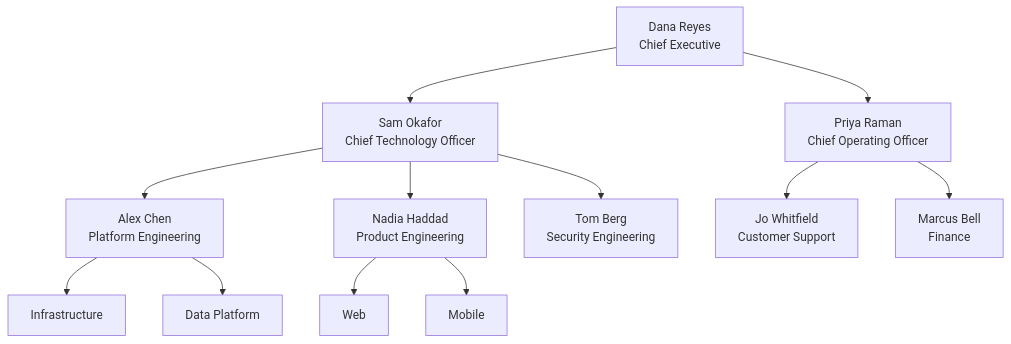
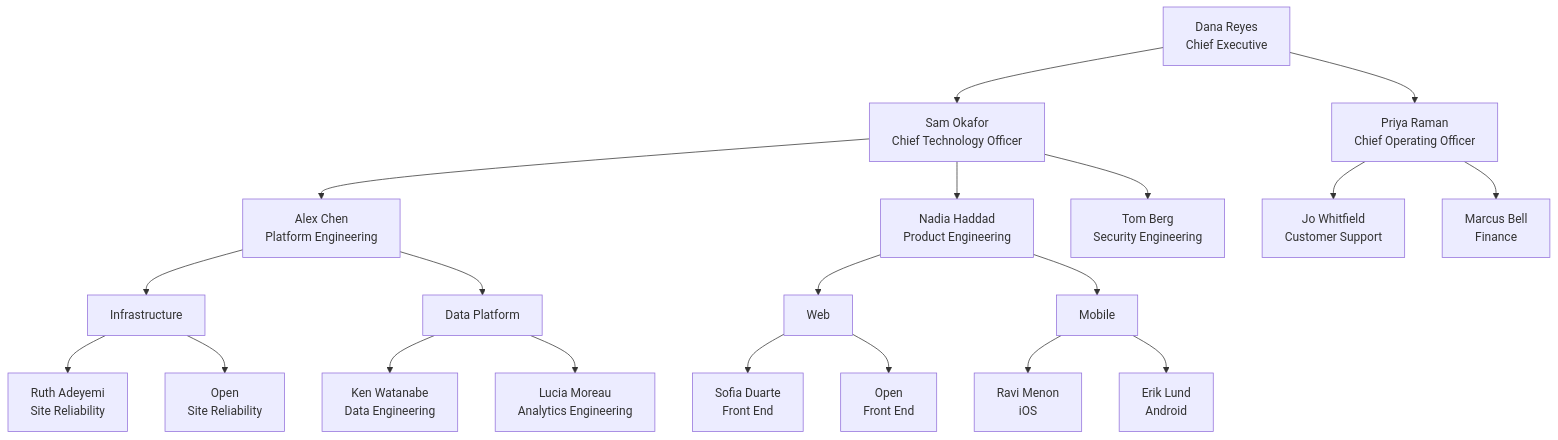
Before and after one commit to geseib/flowmaker: the diagram in samples/org-chart.md, drawn with Mermaid. The commit also changed other lines of this file and 13 other files, not shown here.

````diff
--- a/samples/org-chart.md
+++ b/samples/org-chart.md
@@ -12,14 +12,22 @@
 ```mermaid
 flowchart TD
-  CEO["Dana Reyes<br/>Chief Executive"] --> CTO["Sam Okafor<br/>Chief Technology Officer"]
-  CEO --> COO["Priya Raman<br/>Chief Operating Officer"]
-  CTO --> PLATFORM["Alex Chen<br/>Platform Engineering"]
-  CTO --> PRODUCTENG["Nadia Haddad<br/>Product Engineering"]
-  CTO --> SECURITY["Tom Berg<br/>Security Engineering"]
+  CEO["Dana Reyes<br/>Chief Executive"]:::vp --> CTO["Sam Okafor<br/>Chief Technology Officer"]:::vp
+  CEO --> COO["Priya Raman<br/>Chief Operating Officer"]:::vp
+  CTO --> PLATFORM["Alex Chen<br/>Platform Engineering"]:::employee
+  CTO --> PRODUCTENG["Nadia Haddad<br/>Product Engineering"]:::employee
+  CTO --> SECURITY["Tom Berg<br/>Security Engineering"]:::employee
   PLATFORM --> INFRA["Infrastructure"]
   PLATFORM --> DATA["Data Platform"]
   PRODUCTENG --> WEB["Web"]
   PRODUCTENG --> MOBILE["Mobile"]
-  COO --> SUPPORT["Jo Whitfield<br/>Customer Support"]
-  COO --> FINANCE["Marcus Bell<br/>Finance"]
+  COO --> SUPPORT["Jo Whitfield<br/>Customer Support"]:::employee
+  COO --> FINANCE["Marcus Bell<br/>Finance"]:::employee
+  INFRA --> INFRA1["Ruth Adeyemi<br/>Site Reliability"]:::employee
+  INFRA --> INFRA2["Open<br/>Site Reliability"]:::open
+  DATA --> DATA1["Ken Watanabe<br/>Data Engineering"]:::employee
+  DATA --> DATA2["Lucia Moreau<br/>Analytics Engineering"]:::contractor
+  WEB --> WEB1["Sofia Duarte<br/>Front End"]:::employee
+  WEB --> WEB2["Open<br/>Front End"]:::open
+  MOBILE --> MOBILE1["Ravi Menon<br/>iOS"]:::employee
+  MOBILE --> MOBILE2["Erik Lund<br/>Android"]:::contractor
 ```
````
